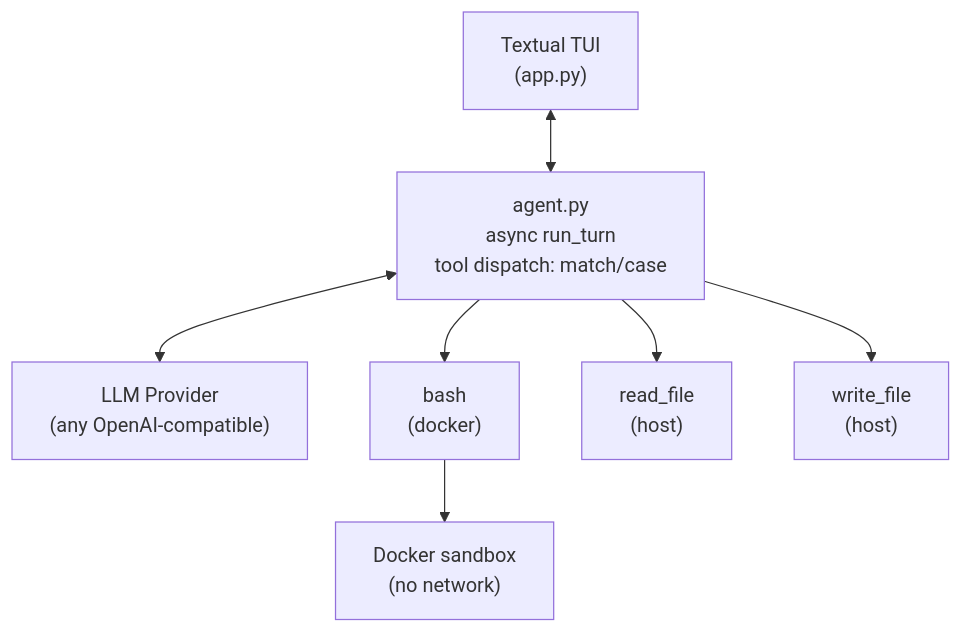
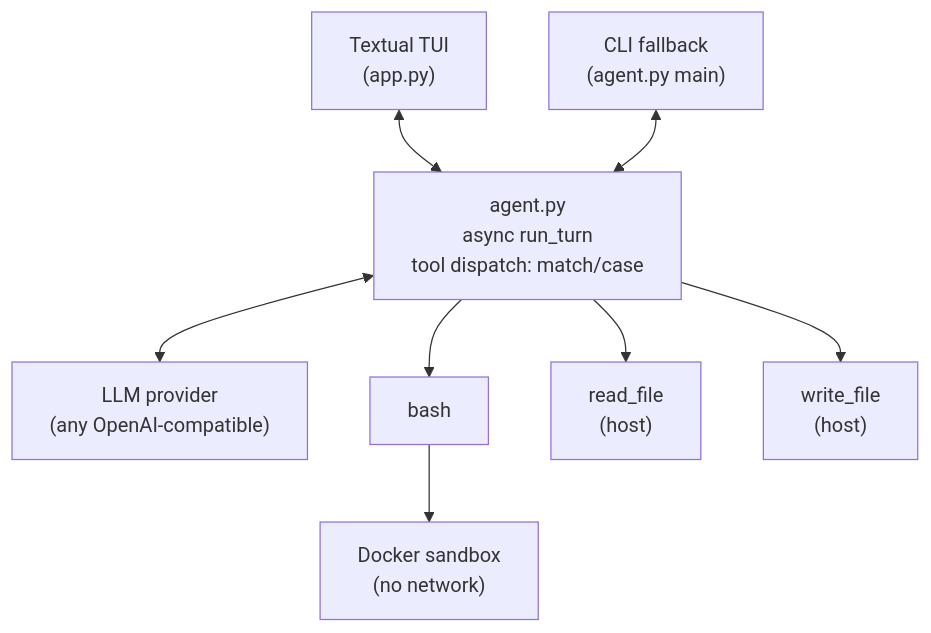
One commit to JoaoHenriqueBarbosa/agent-42 changed the diagram in README.md. Above: the diagram before and after it, drawn with Mermaid. The commit also changed other lines of this file and 1 other file, not shown here.

````diff
--- a/README.md
+++ b/README.md
@@ -50,11 +130,12 @@
 ```mermaid
 graph TD
     TUI["Textual TUI<br/>(app.py)"] <--> Agent["agent.py<br/>async run_turn<br/>tool dispatch: match/case"]
-    Agent <--> LLM["LLM Provider<br/>(any OpenAI-compatible)"]
+    CLI["CLI fallback<br/>(agent.py main)"] <--> Agent
+    Agent <--> LLM["LLM provider<br/>(any OpenAI-compatible)"]
 
-    Agent --> Bash["bash<br/>(docker)"]
+    Agent --> Bash["bash"]
     Agent --> ReadFile["read_file<br/>(host)"]
     Agent --> WriteFile["write_file<br/>(host)"]
 
     Bash --> Docker["Docker sandbox<br/>(no network)"]
 ```
````
